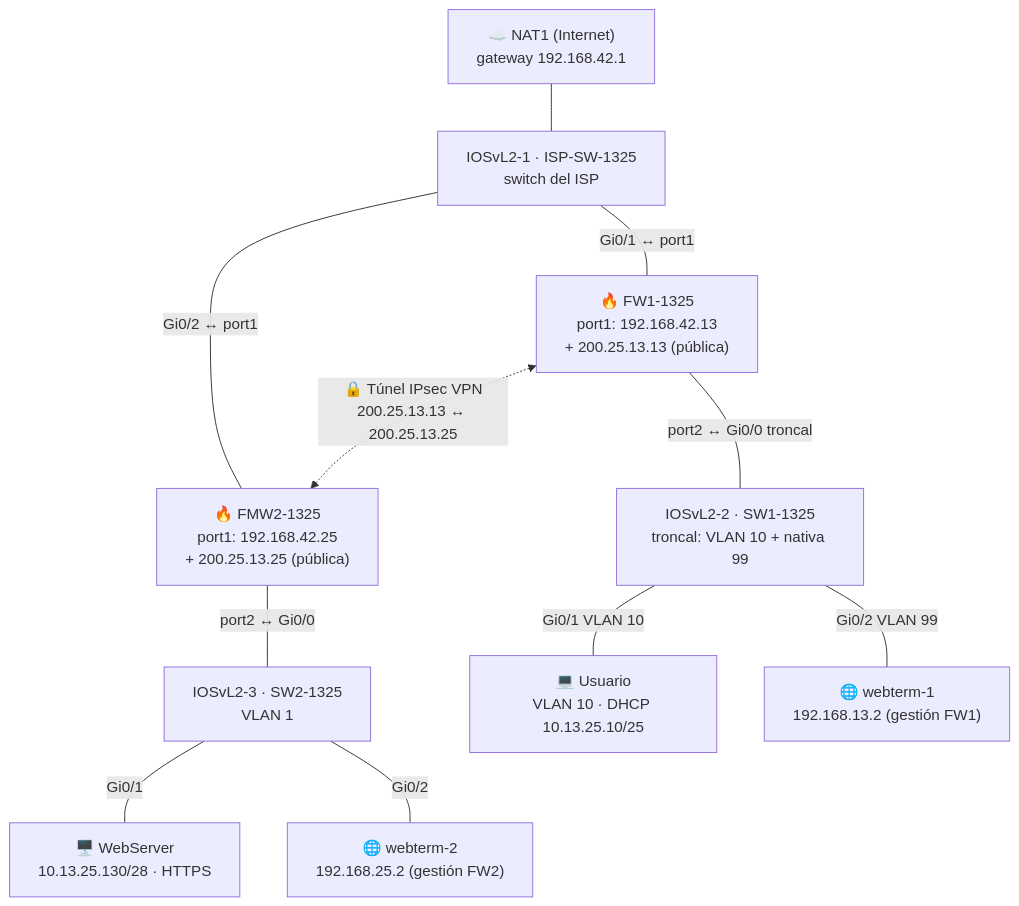
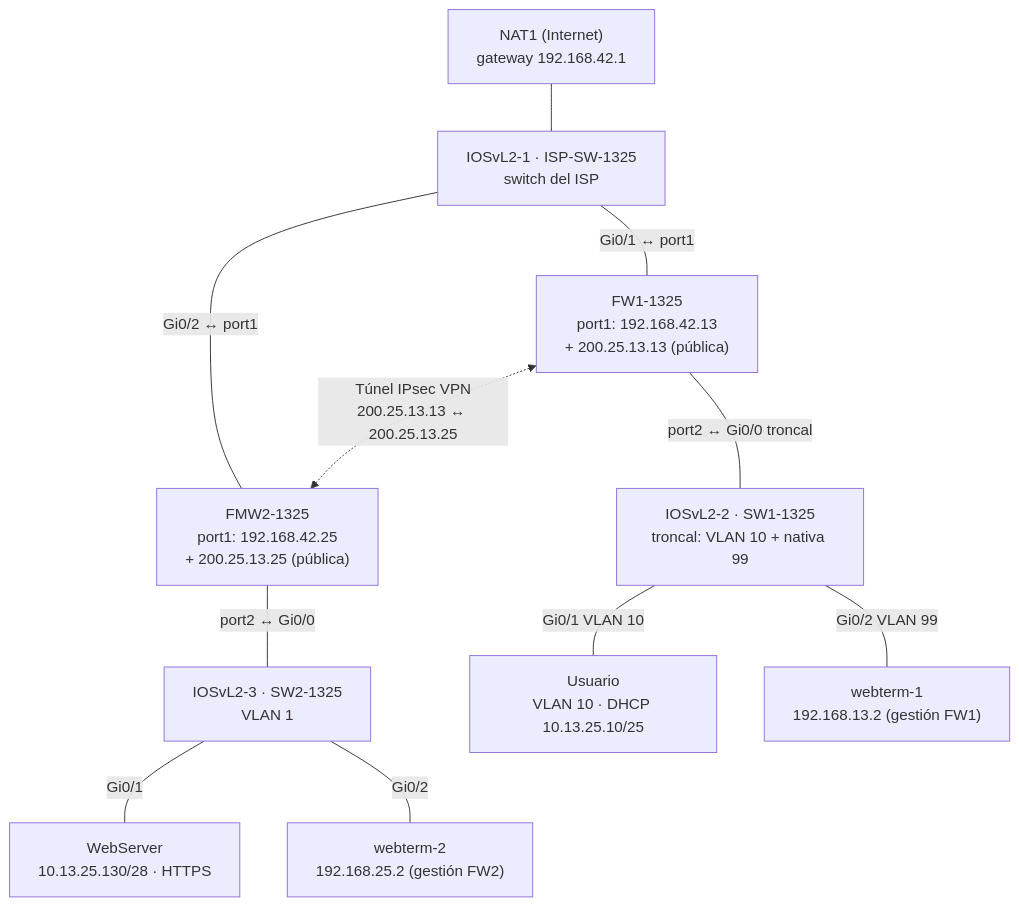
One commit to OAPR2000/Infrastructura1-Fortigate-Fortigate-Omar-Paulino-2025-1325 changed the first of 3 diagrams in README.md. Above: the diagram before and after it, drawn with Mermaid. The commit also changed other lines of this file, not shown here.

````diff
--- a/README.md
+++ b/README.md
@@ -64,24 +64,24 @@
 ```mermaid
 flowchart TB
-    NAT1["☁️ NAT1 (Internet)<br/>gateway 192.168.42.1"]
+    NAT1["NAT1 (Internet)<br/>gateway 192.168.42.1"]
     ISP["IOSvL2-1 · ISP-SW-1325<br/>switch del ISP"]
-    FW1["🔥 FW1-1325<br/>port1: 192.168.42.13<br/>+ 200.25.13.13 (pública)"]
-    FW2["🔥 FMW2-1325<br/>port1: 192.168.42.25<br/>+ 200.25.13.25 (pública)"]
+    FW1["FW1-1325<br/>port1: 192.168.42.13<br/>+ 200.25.13.13 (pública)"]
+    FW2["FMW2-1325<br/>port1: 192.168.42.25<br/>+ 200.25.13.25 (pública)"]
     SW1["IOSvL2-2 · SW1-1325<br/>troncal: VLAN 10 + nativa 99"]
     SW2["IOSvL2-3 · SW2-1325<br/>VLAN 1"]
-    U["💻 Usuario<br/>VLAN 10 · DHCP 10.13.25.10/25"]
-    WT1["🌐 webterm-1<br/>192.168.13.2 (gestión FW1)"]
-    WS["🖥️ WebServer<br/>10.13.25.130/28 · HTTPS"]
-    WT2["🌐 webterm-2<br/>192.168.25.2 (gestión FW2)"]
+    U["Usuario<br/>VLAN 10 · DHCP 10.13.25.10/25"]
+    WT1["webterm-1<br/>192.168.13.2 (gestión FW1)"]
+    WS["WebServer<br/>10.13.25.130/28 · HTTPS"]
+    WT2["webterm-2<br/>192.168.25.2 (gestión FW2)"]
 
     NAT1 --- ISP
     ISP ---|Gi0/1 ↔ port1| FW1
     ISP ---|Gi0/2 ↔ port1| FW2
-    FW1 <-.->|"🔒 Túnel IPsec VPN<br/>200.25.13.13 ↔ 200.25.13.25"| FW2
+    FW1 <-.->|"Túnel IPsec VPN<br/>200.25.13.13 ↔ 200.25.13.25"| FW2
     FW1 ---|port2 ↔ Gi0/0 troncal| SW1
     SW1 ---|Gi0/1 VLAN 10| U
     SW1 ---|Gi0/2 VLAN 99| WT1
     FW2 ---|port2 ↔ Gi0/0| SW2
     SW2 ---|Gi0/1| WS
     SW2 ---|Gi0/2| WT2
 ```
````
